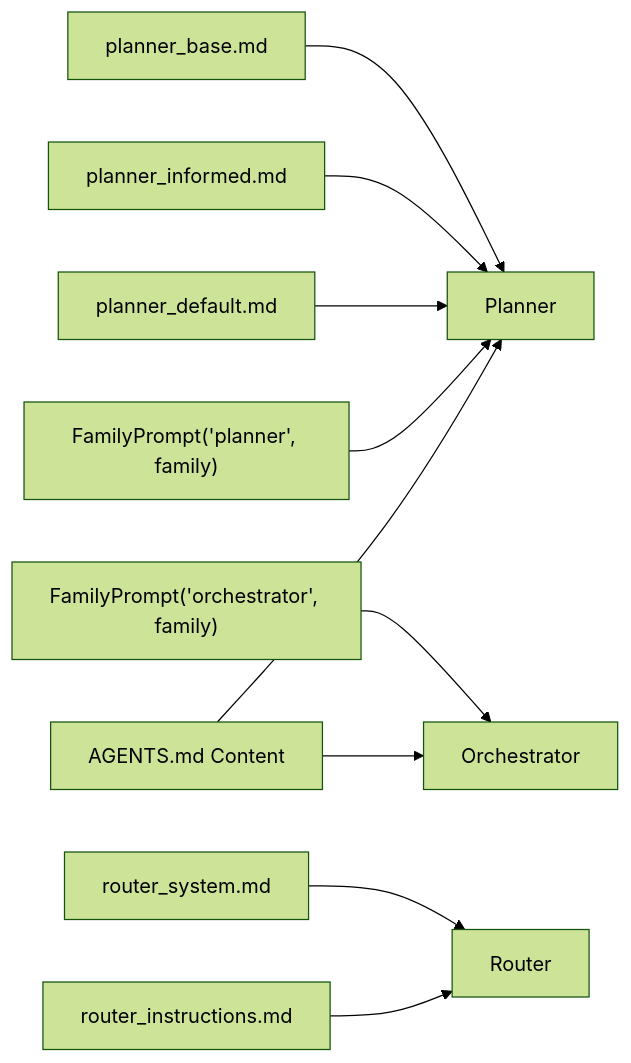
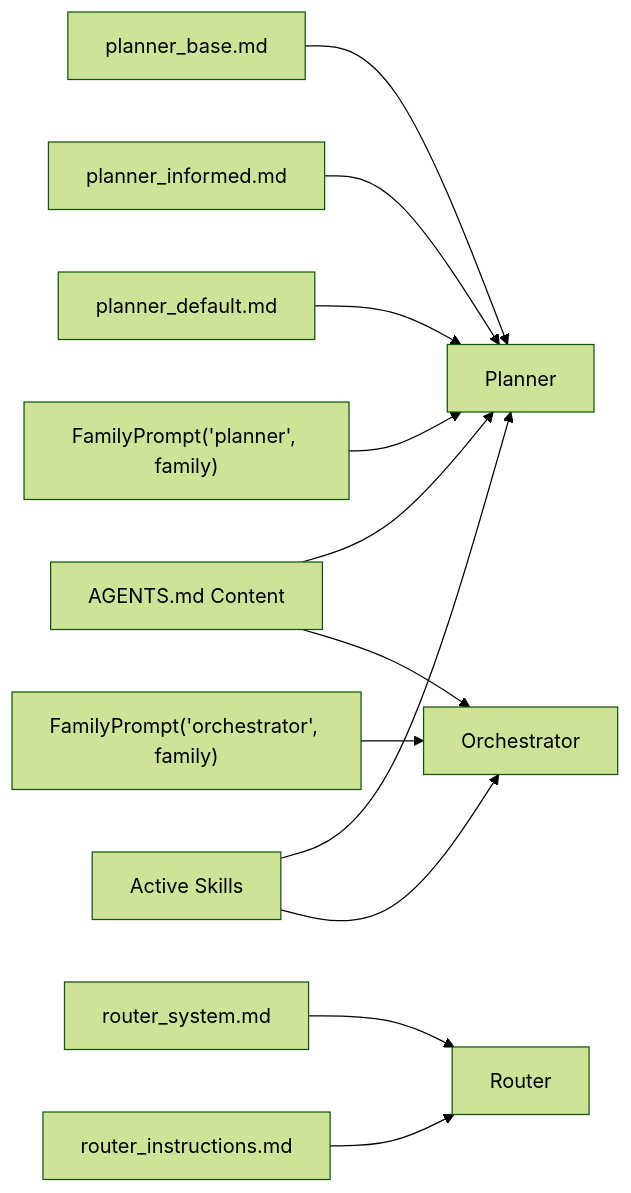
One commit to v0lka/c0wrk changed the seventh of 11 diagrams in .qoder/repowiki/en/content/Core AI Engine/Planner System.md. Above: the diagram before and after it, drawn with Mermaid (forest theme). The commit also changed other lines of this file and 8 other files, not shown here.

````diff
--- a/.qoder/repowiki/en/content/Core AI Engine/Planner System.md
+++ b/.qoder/repowiki/en/content/Core AI Engine/Planner System.md
@@ -302,12 +361,14 @@
 ```mermaid
 graph LR
 PB["planner_base.md"] --> Planner["Planner"]
 PI["planner_informed.md"] --> Planner
 PD["planner_default.md"] --> Planner
 RS["router_system.md"] --> Router["Router"]
 RI["router_instructions.md"] --> Router
 FP["FamilyPrompt('planner', family)"] --> Planner
 FR["FamilyPrompt('orchestrator', family)"] --> Orchestrator["Orchestrator"]
 AMD["AGENTS.md Content"] --> Planner
 AMD --> Orchestrator
+ActiveSkills["Active Skills"] --> Planner
+ActiveSkills --> Orchestrator
 ```
````
